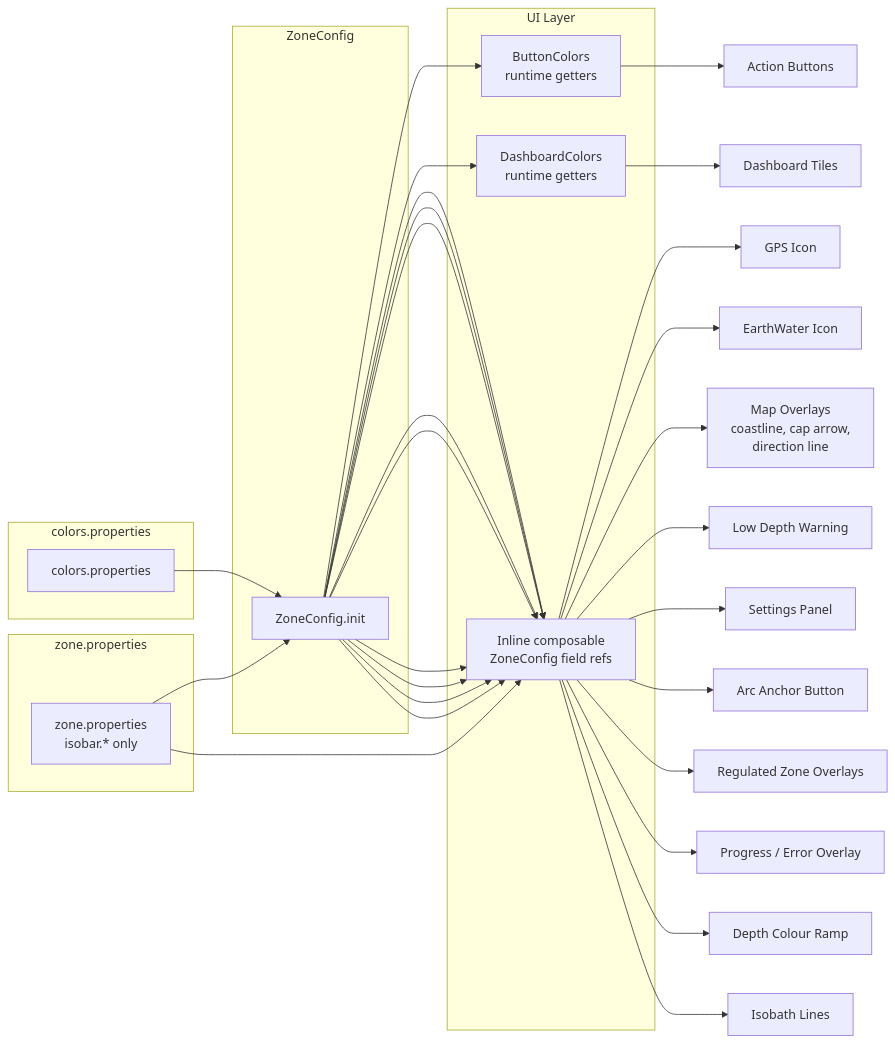
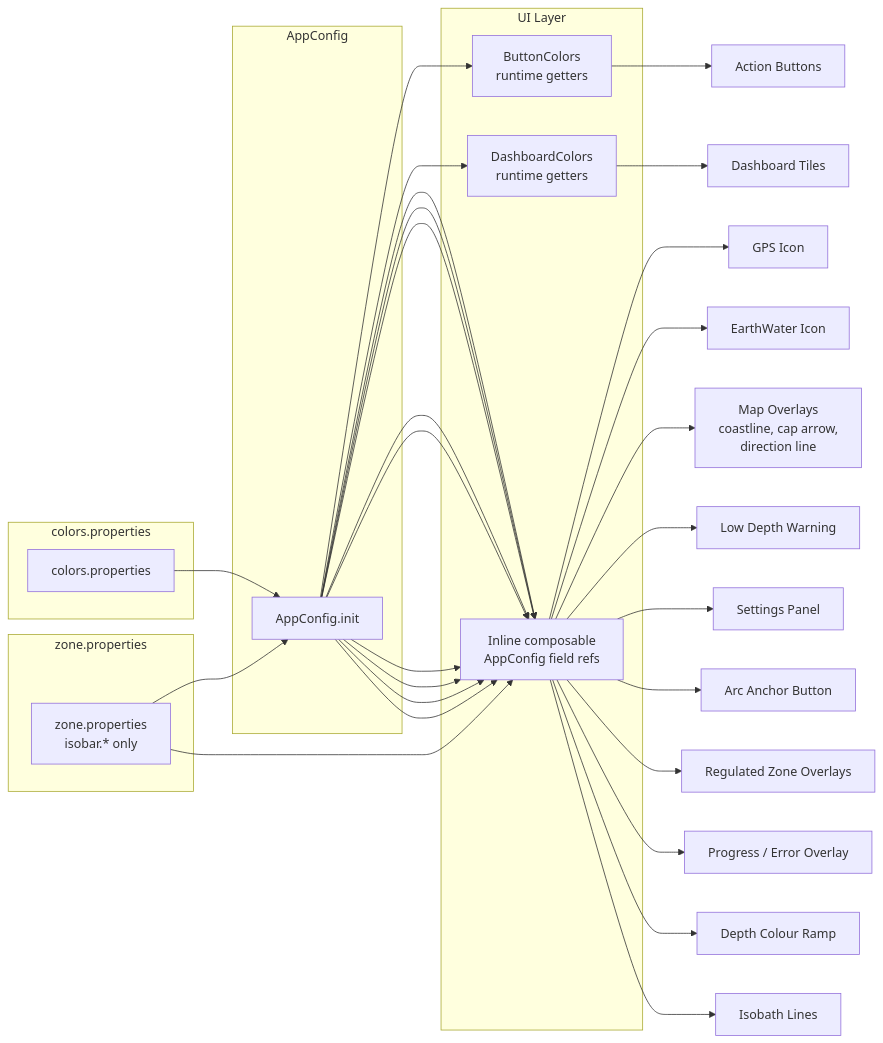
Before and after one commit to Acrimonis/Maro-II: the diagram in docs/color-scheme.md, drawn with Mermaid. The commit also changed other lines of this file and 19 other files, not shown here.

Commit message:
feat: AppConfig rename, semantic colour aliases, neutral/absent tokens

````diff
--- a/docs/color-scheme.md
+++ b/docs/color-scheme.md
@@ -317,32 +319,32 @@
 ```mermaid
 flowchart LR
     subgraph colors.properties
         CP[colors.properties]
     end
     subgraph zone.properties
         ZP[zone.properties<br/>isobar.* only]
     end
-    subgraph ZoneConfig
-        ZC[ZoneConfig.init]
+    subgraph AppConfig
+        ZC[AppConfig.init]
     end
     subgraph UI Layer
         BC[ButtonColors<br/>runtime getters]
         DC[DashboardColors<br/>runtime getters]
-        IC[Inline composable<br/>ZoneConfig field refs]
+        IC[Inline composable<br/>AppConfig field refs]
     end
 
     CP --> ZC
     ZP --> ZC
     ZC --> BC --> AB[Action Buttons]
     ZC --> DC --> DT[Dashboard Tiles]
     ZC --> IC --> GI[GPS Icon]
     ZC --> IC --> EI[EarthWater Icon]
     ZC --> IC --> MO[Map Overlays<br/>coastline, cap arrow,<br/>direction line]
     ZC --> IC --> LW[Low Depth Warning]
     ZC --> IC --> SP[Settings Panel]
     ZC --> IC --> AA[Arc Anchor Button]
     ZC --> IC --> RZ[Regulated Zone Overlays]
     ZC --> IC --> PE[Progress / Error Overlay]
     ZC --> IC --> DR[Depth Colour Ramp]
     ZP --> IC --> IB[Isobath Lines]
 ```
````
